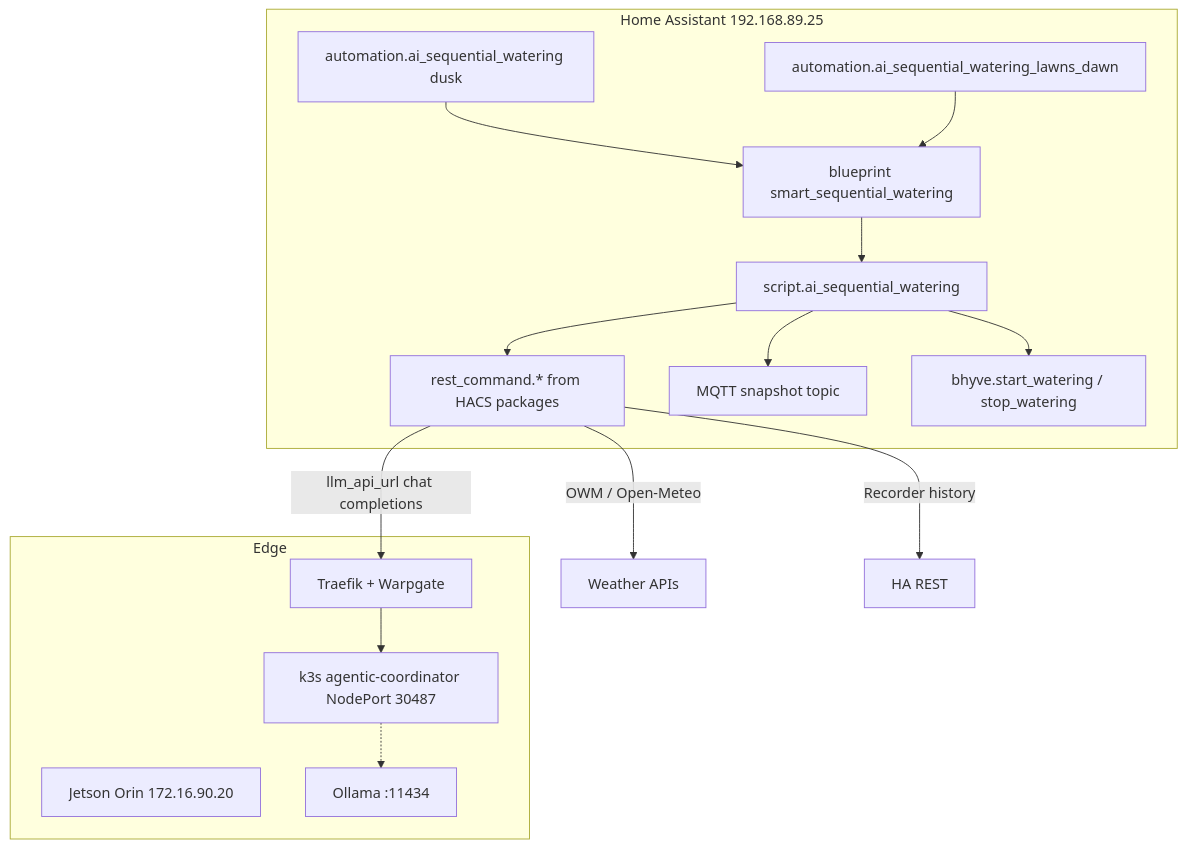
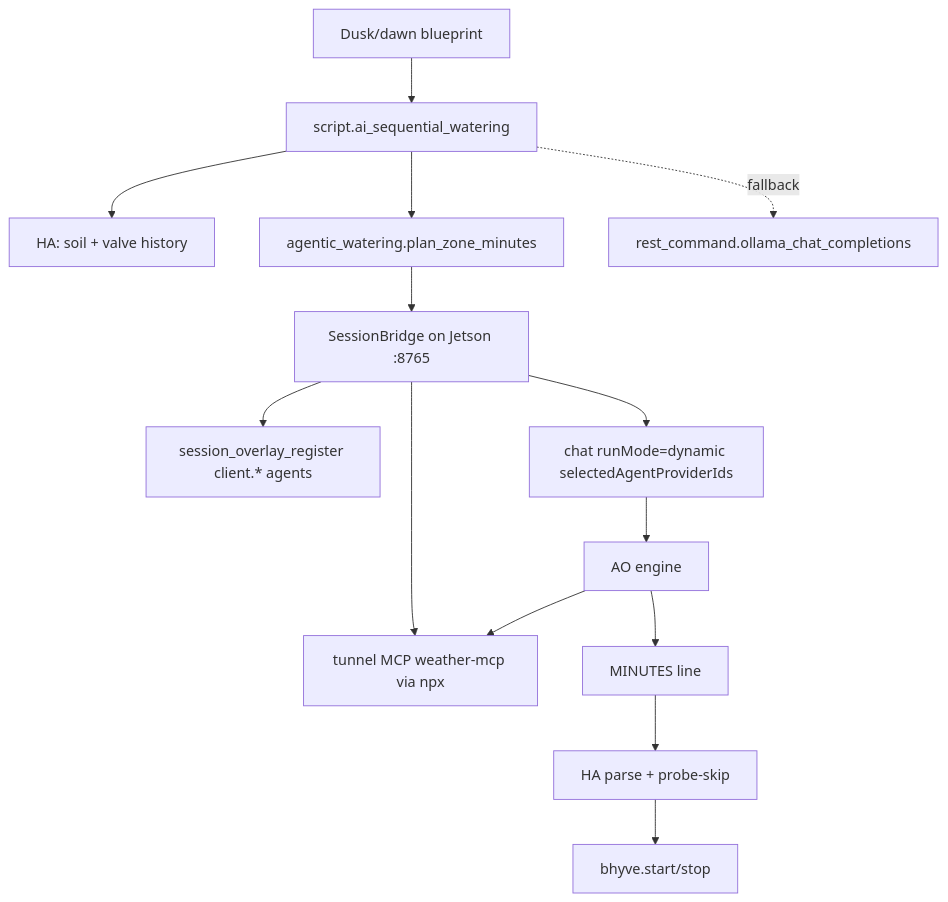
Before and after one commit to zlatko-lakisic/My-Futuristic-Home: the diagram in homeassistant/docs_ha/garden_agentic_watering.md, drawn with Mermaid. The commit also changed other lines of this file and 3 other files, not shown here.

````diff
--- a/homeassistant/docs_ha/garden_agentic_watering.md
+++ b/homeassistant/docs_ha/garden_agentic_watering.md
@@ -19,28 +21,16 @@
 ```mermaid
-flowchart TB
-  subgraph ha [Home Assistant 192.168.89.25]
-    DUSK[automation.ai_sequential_watering dusk]
-    DAWN[automation.ai_sequential_watering_lawns_dawn]
-    BP[blueprint smart_sequential_watering]
-    SCR[script.ai_sequential_watering]
-    REST[rest_command.* from HACS packages]
-    MQTT[MQTT snapshot topic]
-    BHYVE[bhyve.start_watering / stop_watering]
-  end
-  subgraph edge [Edge]
-    TR[Traefik + Warpgate]
-    JET[Jetson Orin 172.16.90.20]
-    OLL[Ollama :11434]
-    COORD[k3s agentic-coordinator NodePort 30487]
-  end
-  DUSK --> BP --> SCR
-  DAWN --> BP
-  SCR --> REST
-  REST -->|OWM / Open-Meteo| WX[Weather APIs]
-  REST -->|Recorder history| HAAPI[HA REST]
-  REST -->|llm_api_url chat completions| TR
-  TR --> COORD
-  COORD -.-> OLL
-  SCR --> BHYVE
-  SCR --> MQTT
+flowchart TD
+  dusk[Dusk/dawn blueprint] --> script[script.ai_sequential_watering]
+  script --> soil[HA: soil + valve history]
+  script --> svc[agentic_watering.plan_zone_minutes]
+  svc --> bridge[SessionBridge on Jetson :8765]
+  bridge --> overlay[session_overlay_register client.* agents]
+  bridge --> wxMcp[tunnel MCP weather-mcp via npx]
+  bridge --> chat["chat runMode=dynamic selectedAgentProviderIds"]
+  chat --> engine[AO engine]
+  engine --> wxMcp
+  engine --> reply[MINUTES line]
+  reply --> clamp[HA parse + probe-skip]
+  clamp --> valves[bhyve.start/stop]
+  script -.->|fallback| httpLegacy["rest_command.ollama_chat_completions"]
 ```
````
